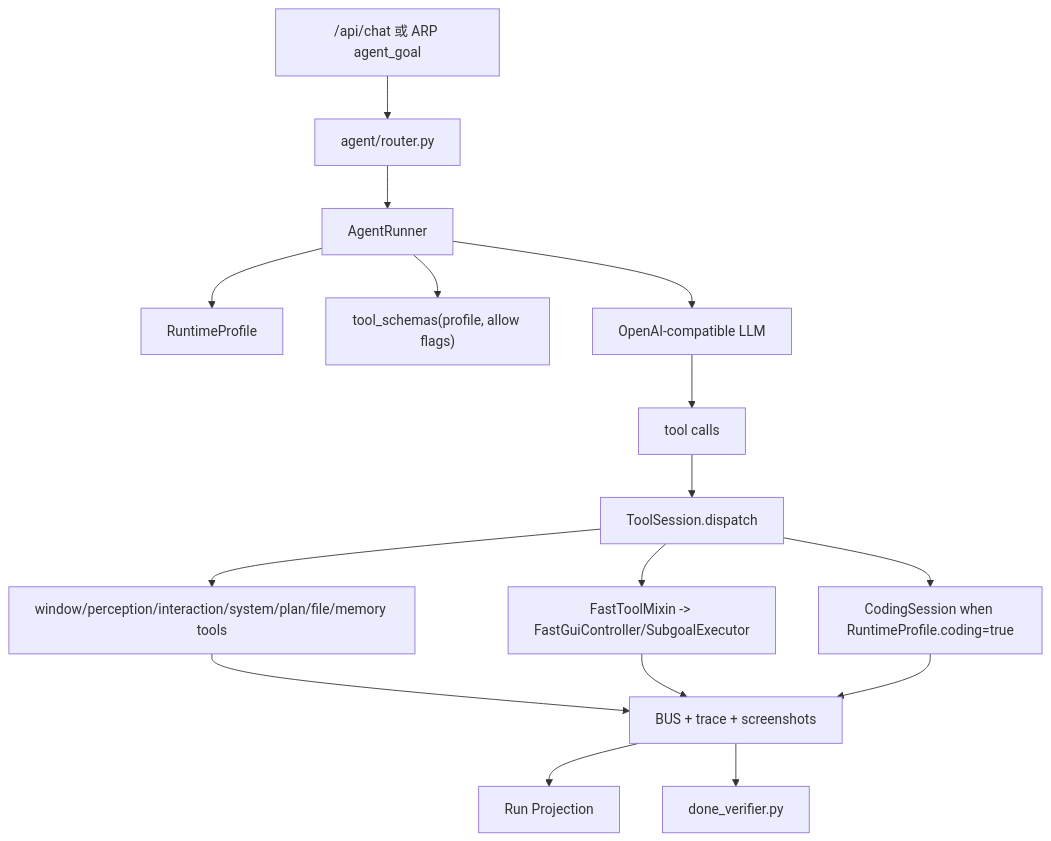
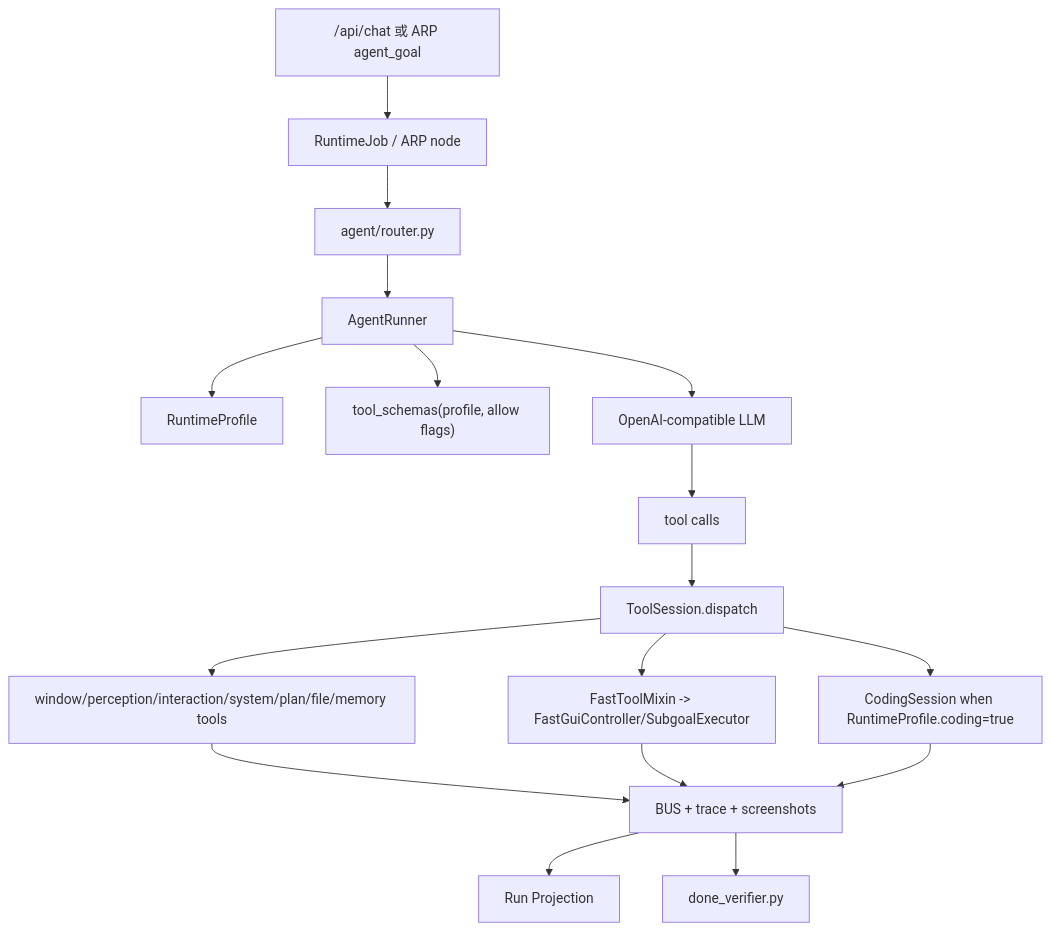
One commit to zoujiapeng/lingdong-script changed the second of 2 diagrams in docs/architecture.md. Above: the diagram before and after it, drawn with Mermaid. The commit also changed other lines of this file and 150 other files, not shown here.

````diff
--- a/docs/architecture.md
+++ b/docs/architecture.md
@@ -69,18 +72,19 @@
 ```mermaid
 flowchart TD
-  Chat["/api/chat 或 ARP agent_goal"] --> Router["agent/router.py"]
+  Chat["/api/chat 或 ARP agent_goal"] --> Job["RuntimeJob / ARP node"]
+  Job --> Router["agent/router.py"]
   Router --> Runner["AgentRunner"]
   Runner --> Profile["RuntimeProfile"]
   Runner --> Schema["tool_schemas(profile, allow flags)"]
   Runner --> LLM["OpenAI-compatible LLM"]
   LLM --> Calls["tool calls"]
   Calls --> Dispatch["ToolSession.dispatch"]
   Dispatch --> Mixins["window/perception/interaction/system/plan/file/memory tools"]
   Dispatch --> Fast["FastToolMixin -> FastGuiController/SubgoalExecutor"]
   Dispatch --> Coding["CodingSession when RuntimeProfile.coding=true"]
   Mixins --> Trace["BUS + trace + screenshots"]
   Fast --> Trace
   Coding --> Trace
   Trace --> Projection["Run Projection"]
   Trace --> Done["done_verifier.py"]
 ```
````
